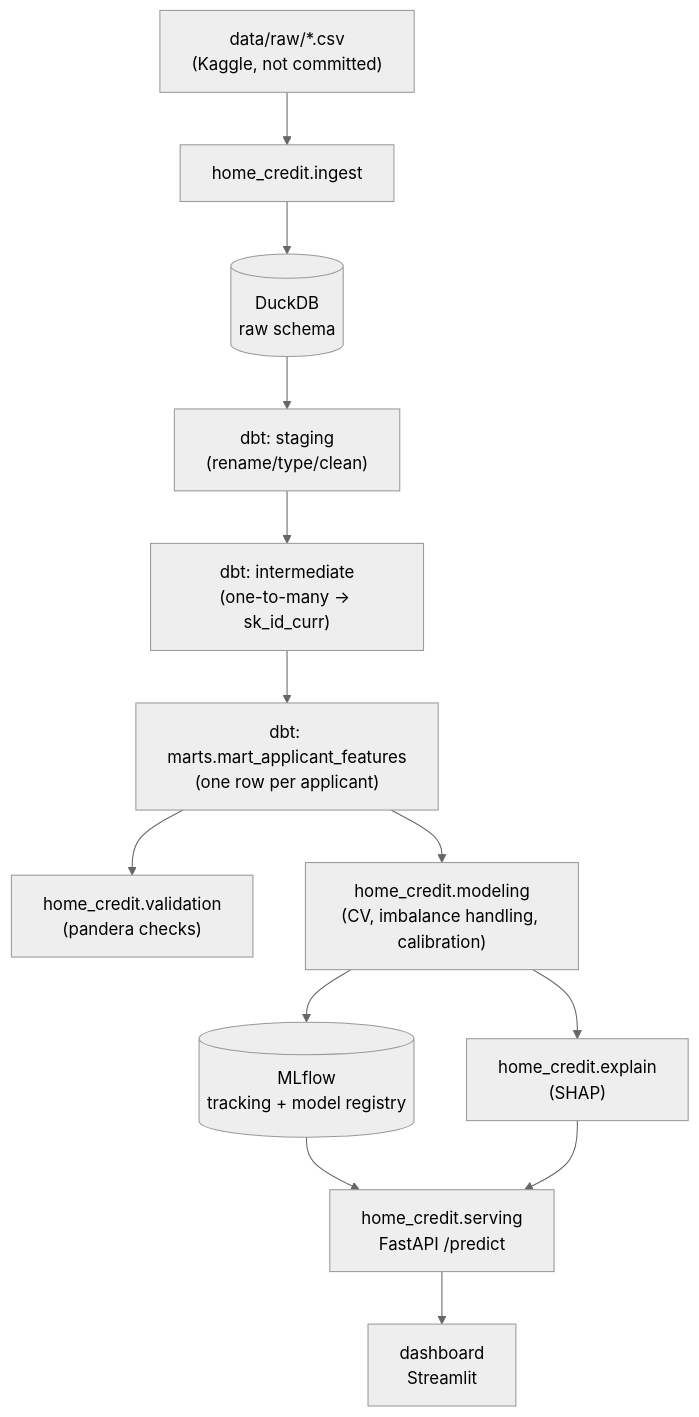
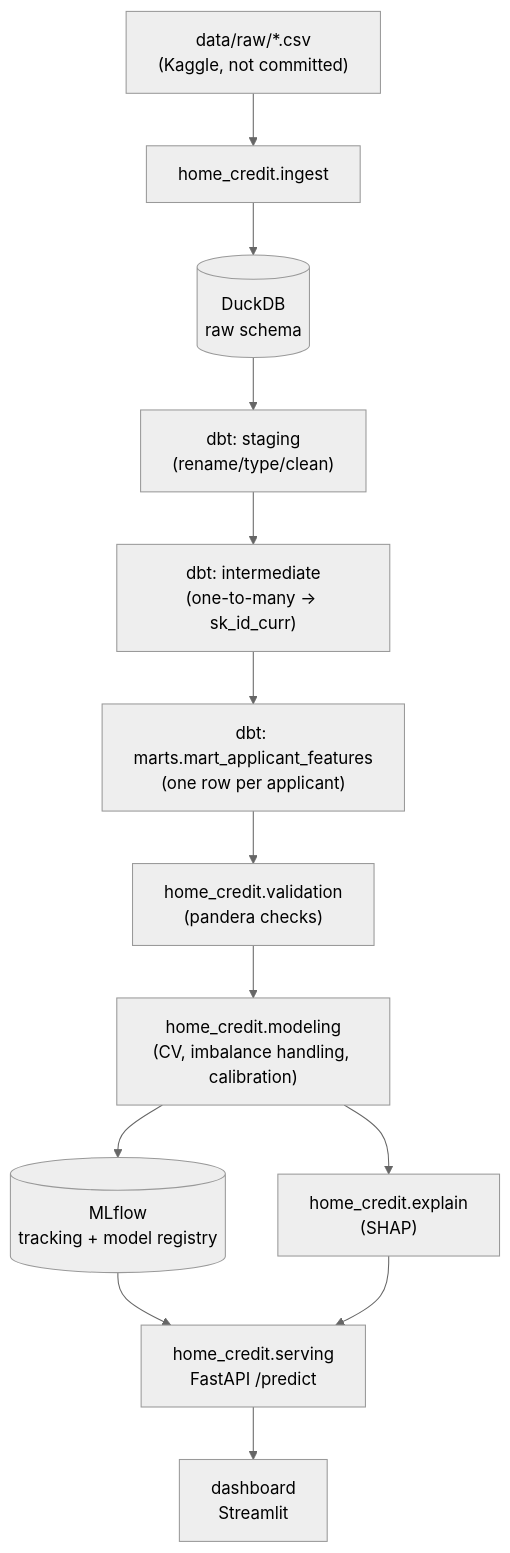
Before and after one commit to aakashkumar9/home-credit-default-risk: the diagram in README.md, drawn with Mermaid (neutral theme). The commit also changed other lines of this file and 28 other files, not shown here.

````diff
--- a/README.md
+++ b/README.md
@@ -21,15 +21,15 @@
 ```mermaid
 flowchart TD
     A["data/raw/*.csv\n(Kaggle, not committed)"] --> B["home_credit.ingest"]
     B --> C[("DuckDB\nraw schema")]
     C --> D["dbt: staging\n(rename/type/clean)"]
     D --> E["dbt: intermediate\n(one-to-many -> sk_id_curr)"]
     E --> F["dbt: marts.mart_applicant_features\n(one row per applicant)"]
     F --> V["home_credit.validation\n(pandera checks)"]
-    F --> G["home_credit.modeling\n(CV, imbalance handling, calibration)"]
+    V --> G["home_credit.modeling\n(CV, imbalance handling, calibration)"]
     G --> H[("MLflow\ntracking + model registry")]
     G --> I["home_credit.explain\n(SHAP)"]
     H --> J["home_credit.serving\nFastAPI /predict"]
     I --> J
     J --> K["dashboard\nStreamlit"]
 ```
````
